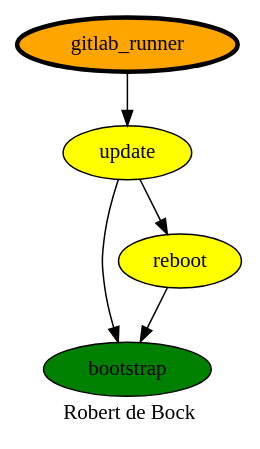
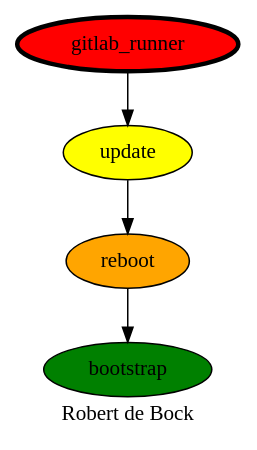
Before and after one commit to robertdebock/drawings: the diagram in gitlab_runner.dot, drawn with Graphviz. The commit also changed 2 other files, not shown here.

Commit message:
Fix update and gitlab_runner

```diff
--- a/gitlab_runner.dot
+++ b/gitlab_runner.dot
@@ -1,13 +1,13 @@
 digraph PhiloDilemma {
   label = "Robert de Bock" ;
   overlap=false
   {
     bootstrap [fillcolor=green style=filled]
     update [fillcolor=yellow style=filled]
-    reboot [fillcolor=yellow style=filled]
-    gitlab_runner [fillcolor=orange style=filled penwidth=3]
+    reboot [fillcolor=orange style=filled]
+    gitlab_runner [fillcolor=red style=filled penwidth=3]
   }
-  gitlab_runner -> "update"
-  "update" -> reboot
-  {update reboot} -> bootstrap
+  gitlab_runner -> update
+  update -> reboot
+  reboot -> bootstrap
 }
```
